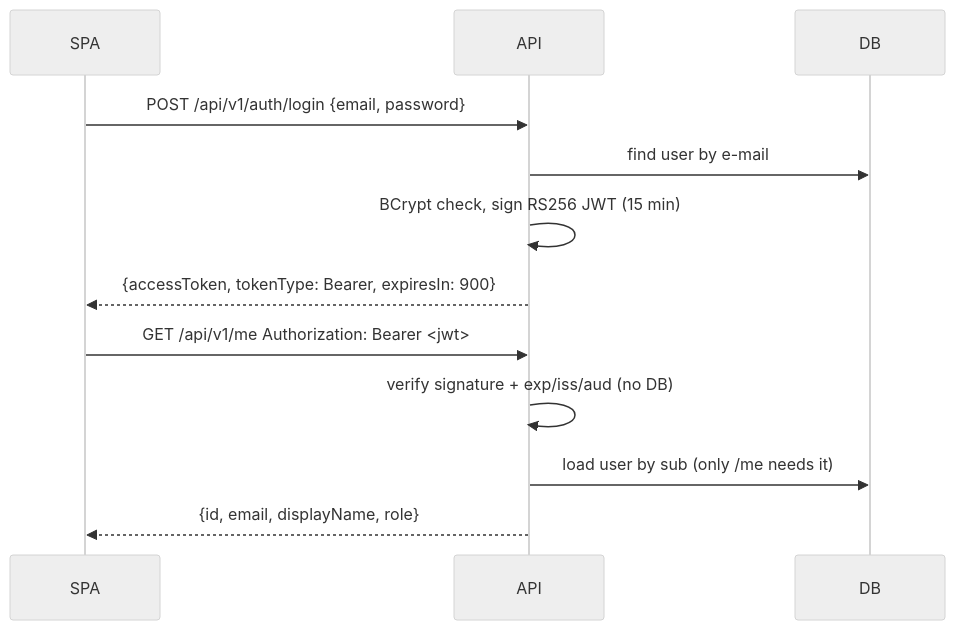
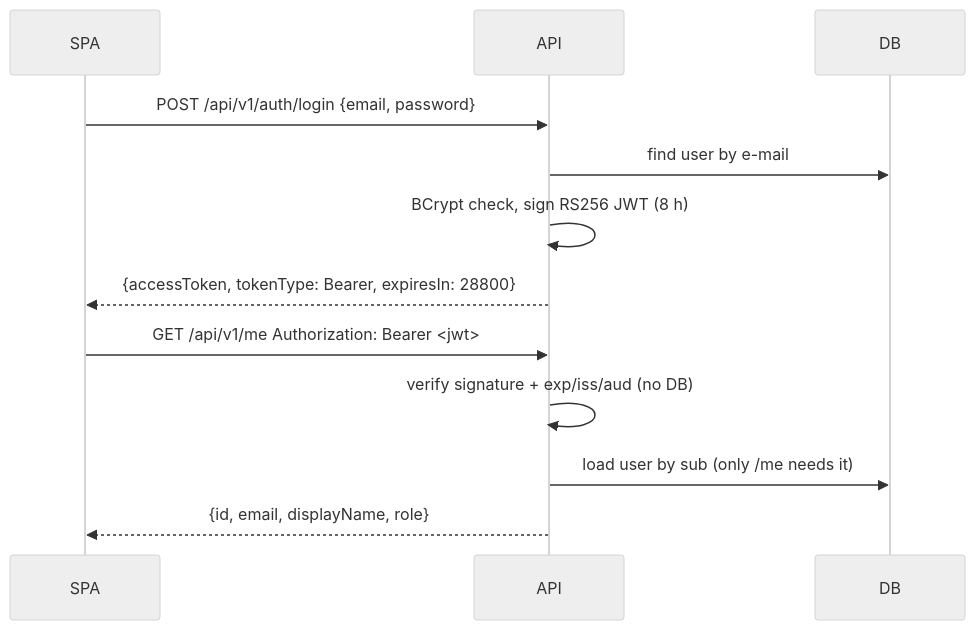
The second of 2 diagrams in docs/architecture.md (prajjwalpathak/SeatLock), drawn with Mermaid (neutral theme) before and after one commit. The commit also changed other lines of this file and 34 other files, not shown here.

````diff
--- a/docs/architecture.md
+++ b/docs/architecture.md
@@ -116,14 +116,14 @@
 ```mermaid
 sequenceDiagram
     participant SPA
     participant API
     participant DB
     SPA->>API: POST /api/v1/auth/login {email, password}
     API->>DB: find user by e-mail
-    API->>API: BCrypt check, sign RS256 JWT (15 min)
-    API-->>SPA: {accessToken, tokenType: Bearer, expiresIn: 900}
+    API->>API: BCrypt check, sign RS256 JWT (8 h)
+    API-->>SPA: {accessToken, tokenType: Bearer, expiresIn: 28800}
     SPA->>API: GET /api/v1/me  Authorization: Bearer <jwt>
     API->>API: verify signature + exp/iss/aud (no DB)
     API->>DB: load user by sub (only /me needs it)
     API-->>SPA: {id, email, displayName, role}
 ```
````
